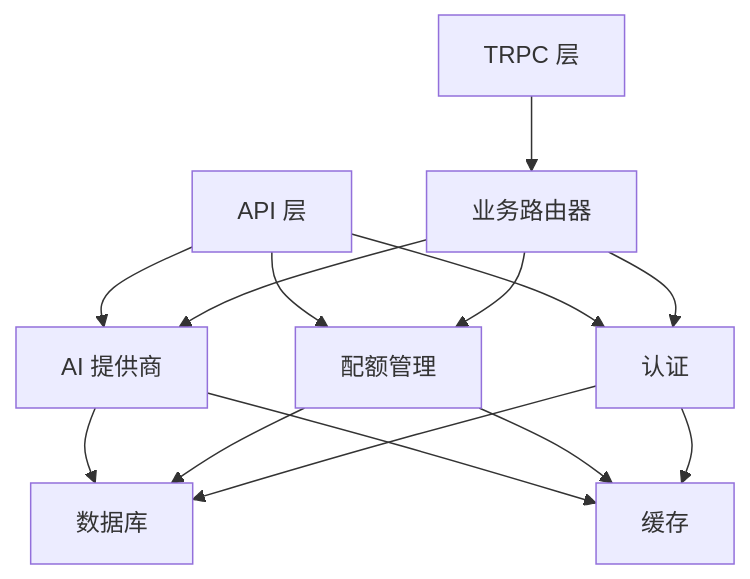
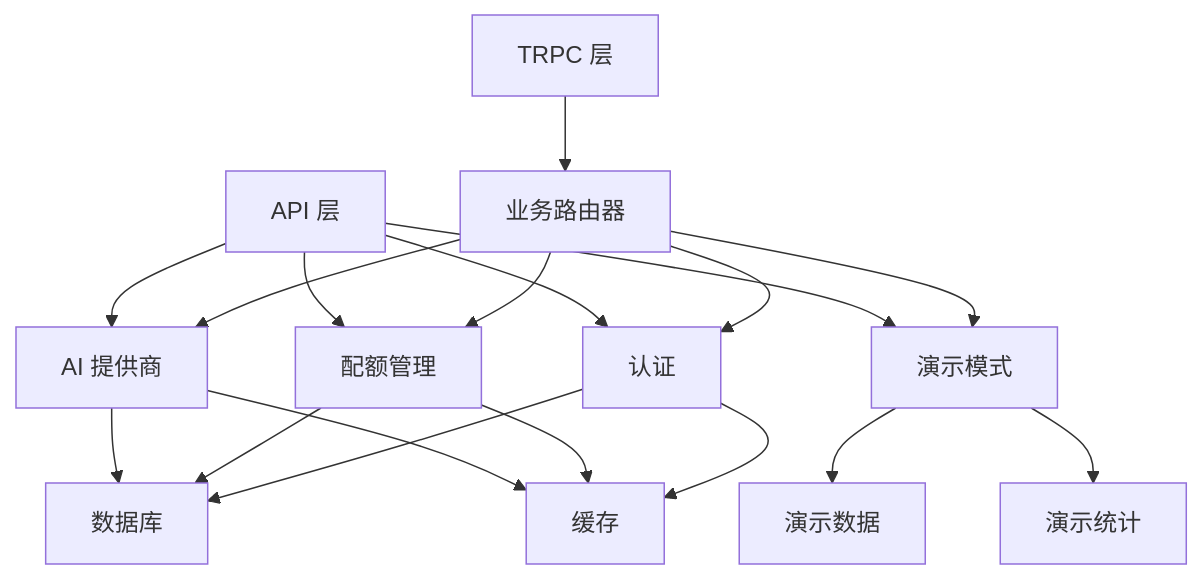
One commit to RadiumAg/AIGate changed diagram 17 of 17 in .qoder/repowiki/zh/content/OpenAI 兼容聊天完成 API.md. Above: the diagram before and after it, drawn with Mermaid. The commit also changed other lines of this file and 4 other files, not shown here.

````diff
--- a/.qoder/repowiki/zh/content/OpenAI 兼容聊天完成 API.md
+++ b/.qoder/repowiki/zh/content/OpenAI 兼容聊天完成 API.md
@@ -866,16 +1088,20 @@
 ```mermaid
 graph TD
 API[API 层] --> Providers[AI 提供商]
 API --> Quota[配额管理]
 API --> Auth[认证]
+API --> Demo[演示模式]
 Providers --> Database[数据库]
 Providers --> Redis[缓存]
 Quota --> Redis
 Quota --> Database
 Auth --> Database
 Auth --> Redis
 TRPC[TRPC 层] --> Routers[业务路由器]
 Routers --> Providers
 Routers --> Quota
 Routers --> Auth
+Routers --> Demo
+Demo --> DemoData[演示数据]
+Demo --> DemoStats[演示统计]
 ```
````
